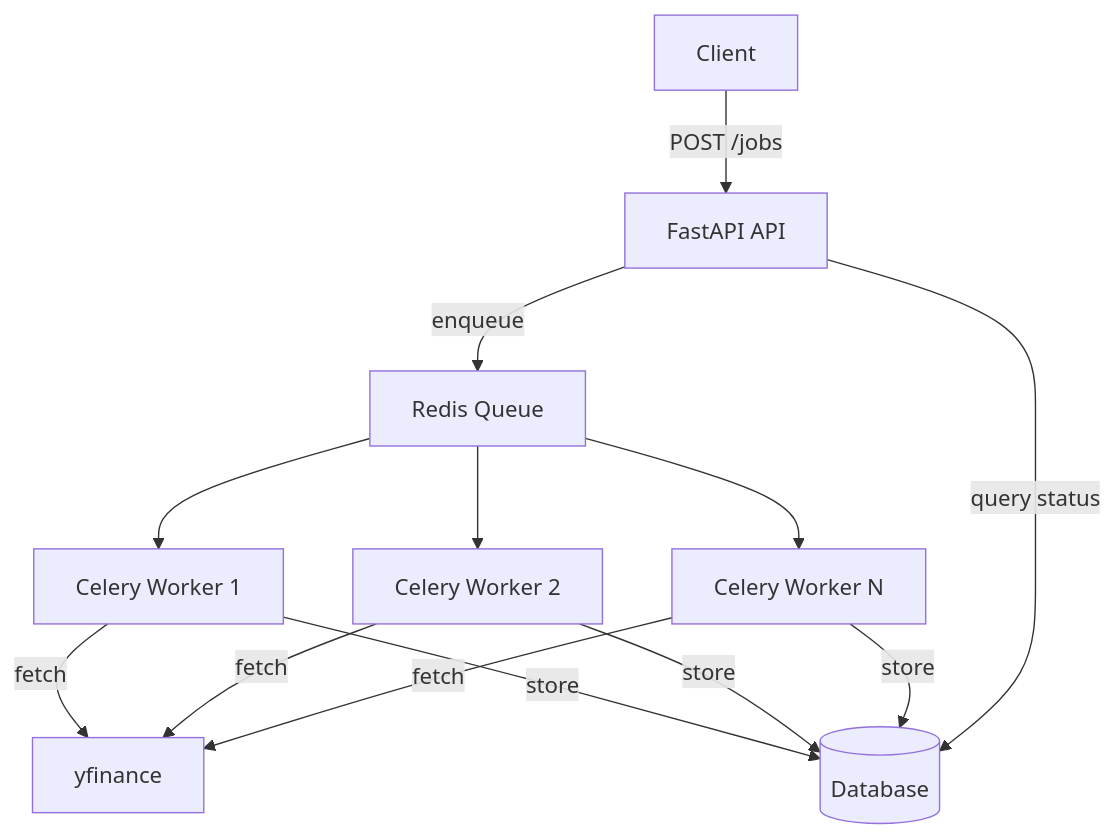
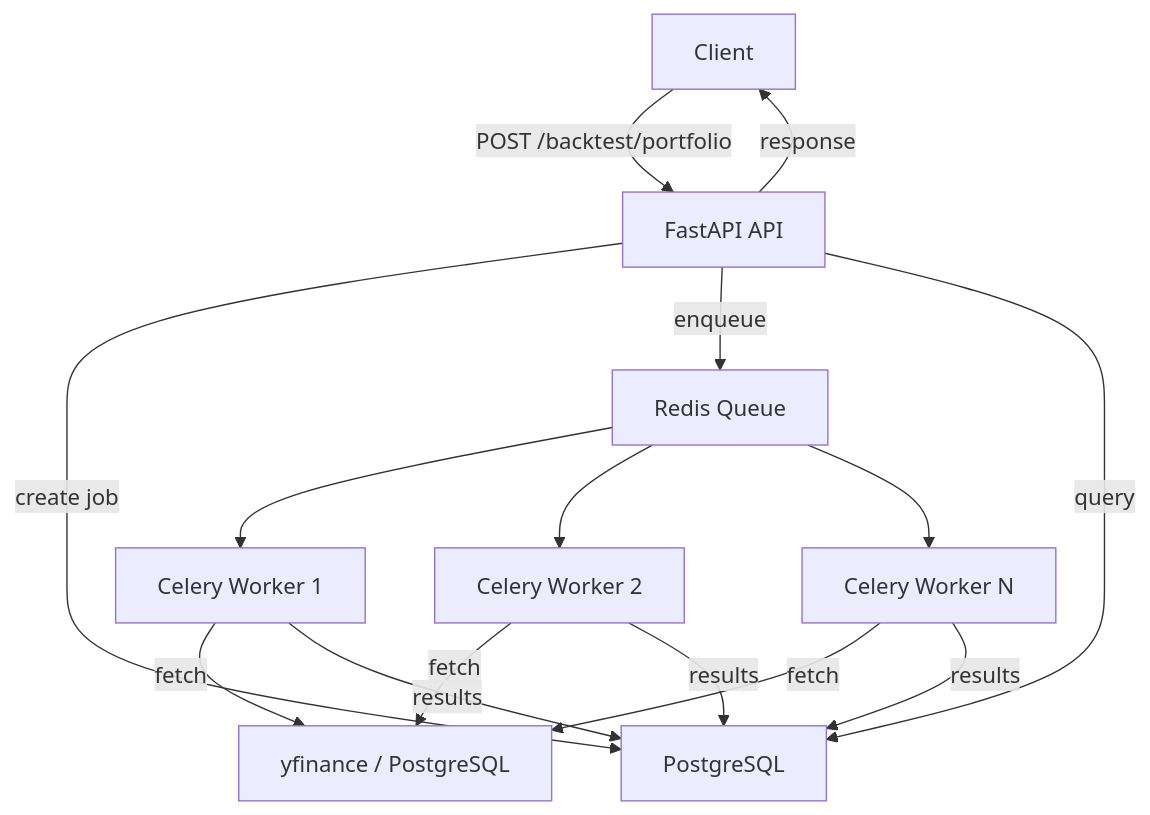
The second of 3 diagrams in docs/ARCHITECTURE.md (Thinh-nguyen-03/backgrid), drawn with Mermaid before and after one commit. The commit also changed other lines of this file and 3 other files, not shown here.

Commit message:
docs: Update documentation for Week 6 portfolio API implementation

````diff
--- a/docs/ARCHITECTURE.md
+++ b/docs/ARCHITECTURE.md
@@ -162,11 +183,13 @@
 ```mermaid
 graph TD
-    A[Client] -->|POST /jobs| B[FastAPI API]
-    B -->|enqueue| C[Redis Queue]
-    C --> D1[Celery Worker 1]
-    C --> D2[Celery Worker 2]
-    C --> D3[Celery Worker N]
-    D1 & D2 & D3 -->|fetch| E[yfinance]
-    D1 & D2 & D3 -->|store| F[(Database)]
-    B -->|query status| F
+    A[Client] -->|POST /backtest/portfolio| B[FastAPI API]
+    B -->|create job| C[PostgreSQL]
+    B -->|enqueue| D[Redis Queue]
+    D --> E1[Celery Worker 1]
+    D --> E2[Celery Worker 2]
+    D --> E3[Celery Worker N]
+    E1 & E2 & E3 -->|fetch| F[yfinance / PostgreSQL]
+    E1 & E2 & E3 -->|results| C
+    B -->|query| C
+    B -->|response| A
 ```
````
